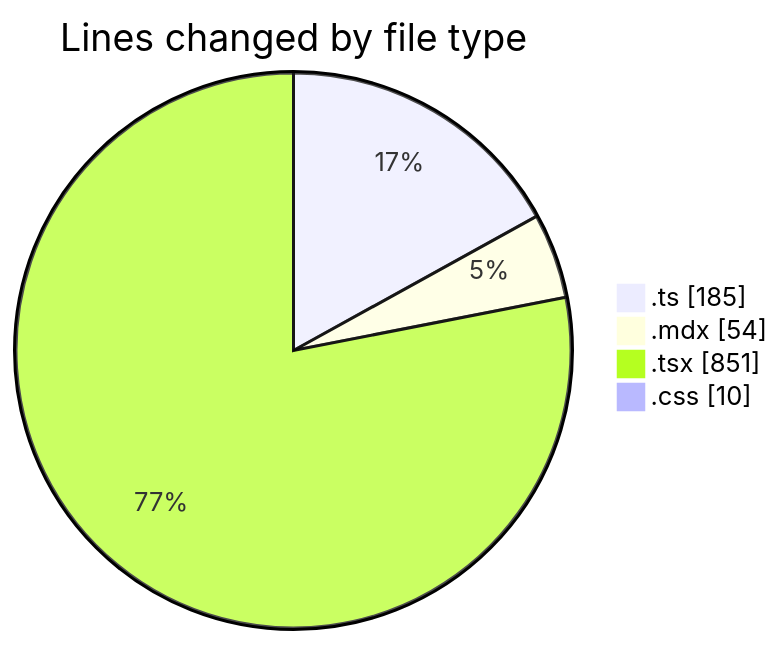
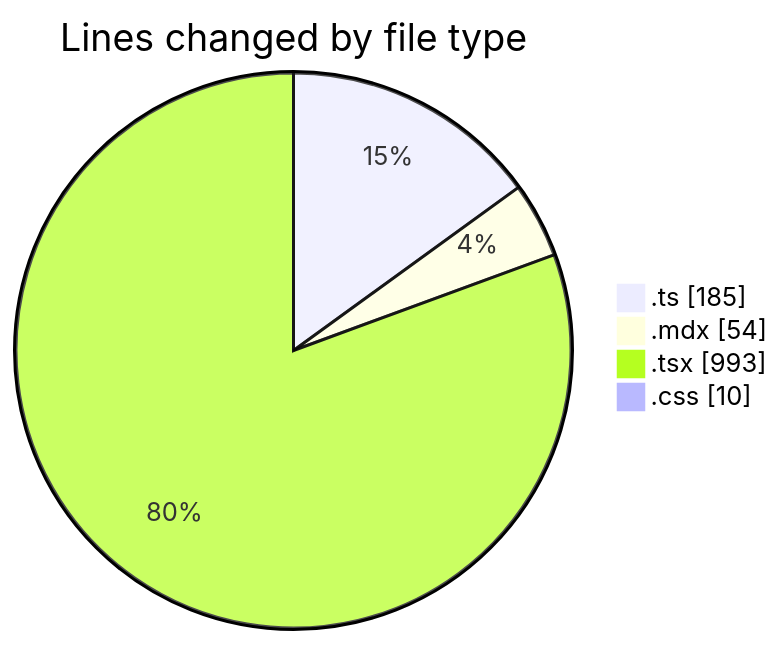
Before and after one commit to Elitesun/code-tracking: the first of 2 diagrams in 2025-05-25/elitesun/README.md, drawn with Mermaid. The commit also changed other lines of this file and 1 other file, not shown here.

````diff
--- a/2025-05-25/elitesun/README.md
+++ b/2025-05-25/elitesun/README.md
@@ -31,8 +32,8 @@
 ```mermaid
 pie showData
 title Lines changed by file type
 ".ts" : 185
 ".mdx" : 54
-".tsx" : 851
+".tsx" : 993
 ".css" : 10
 ```
````
